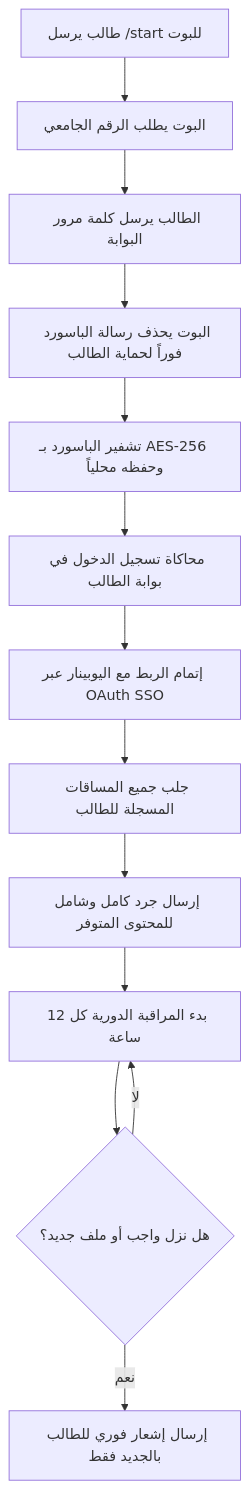
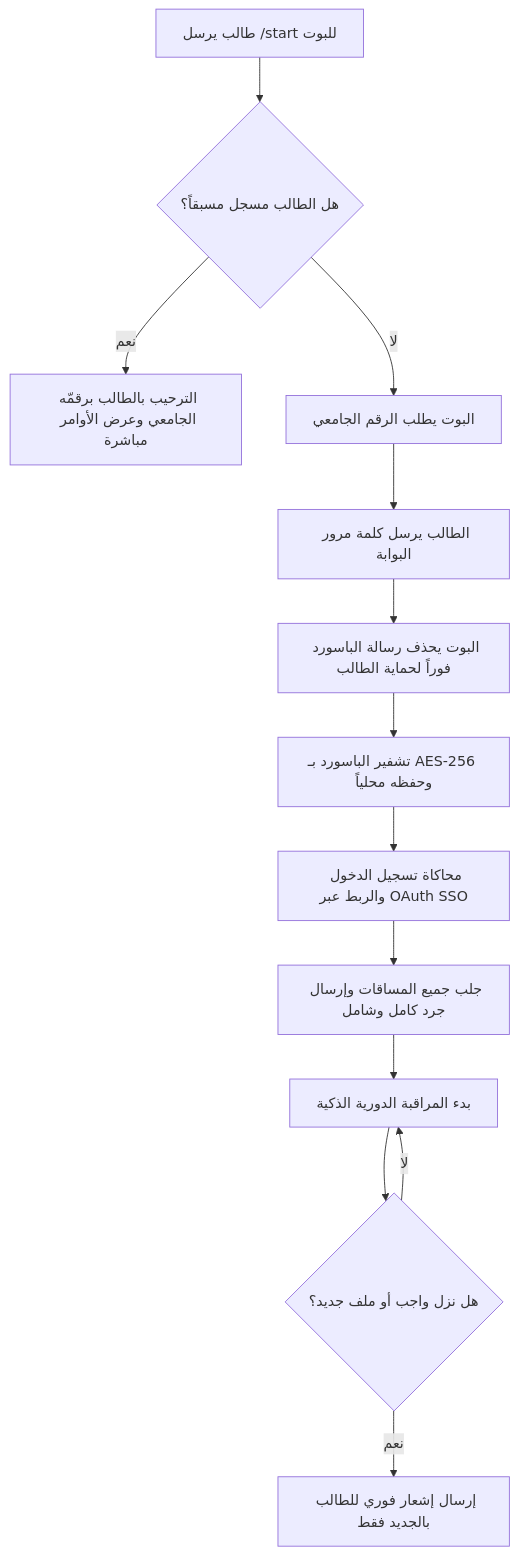
Before and after one commit to medozaiter/upinar-notifier: the diagram in README.md, drawn with Mermaid. The commit also changed other lines of this file and 1 other file, not shown here.

````diff
--- a/README.md
+++ b/README.md
@@ -74,15 +91,15 @@
 ```mermaid
 flowchart TD
-    A["طالب يرسل /start للبوت"] --> B["البوت يطلب الرقم الجامعي"]
-    B --> C["الطالب يرسل كلمة مرور البوابة"]
-    C --> D["البوت يحذف رسالة الباسورد فوراً لحماية الطالب"]
-    D --> E["تشفير الباسورد بـ AES-256 وحفظه محلياً"]
-    E --> F["محاكاة تسجيل الدخول في بوابة الطالب"]
-    F --> G["إتمام الربط مع اليوبينار عبر OAuth SSO"]
-    G --> H["جلب جميع المساقات المسجلة للطالب"]
-    H --> I["إرسال جرد كامل وشامل للمحتوى المتوفر"]
-    I --> J["بدء المراقبة الدورية كل 12 ساعة"]
+    A["طالب يرسل /start للبوت"] --> B{"هل الطالب مسجل مسبقاً؟"}
+    B -- "نعم" --> C["الترحيب بالطالب برقمّه الجامعي وعرض الأوامر مباشرة"]
+    B -- "لا" --> D["البوت يطلب الرقم الجامعي"]
+    D --> E["الطالب يرسل كلمة مرور البوابة"]
+    E --> F["البوت يحذف رسالة الباسورد فوراً لحماية الطالب"]
+    F --> G["تشفير الباسورد بـ AES-256 وحفظه محلياً"]
+    G --> H["محاكاة تسجيل الدخول والربط عبر OAuth SSO"]
+    H --> I["جلب جميع المساقات وإرسال جرد كامل وشامل"]
+    I --> J["بدء المراقبة الدورية الذكية"]
     J --> K{"هل نزل واجب أو ملف جديد؟"}
     K -- "نعم" --> L["إرسال إشعار فوري للطالب بالجديد فقط"]
     K -- "لا" --> J
 ```
````
